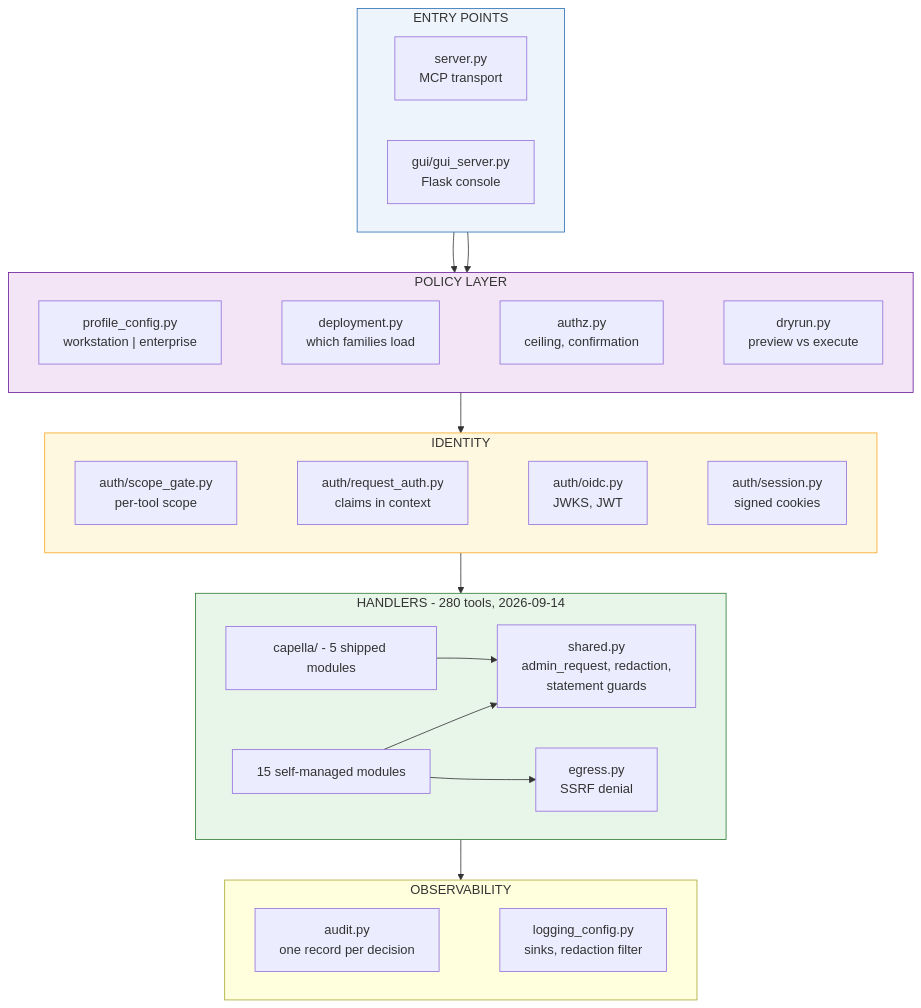
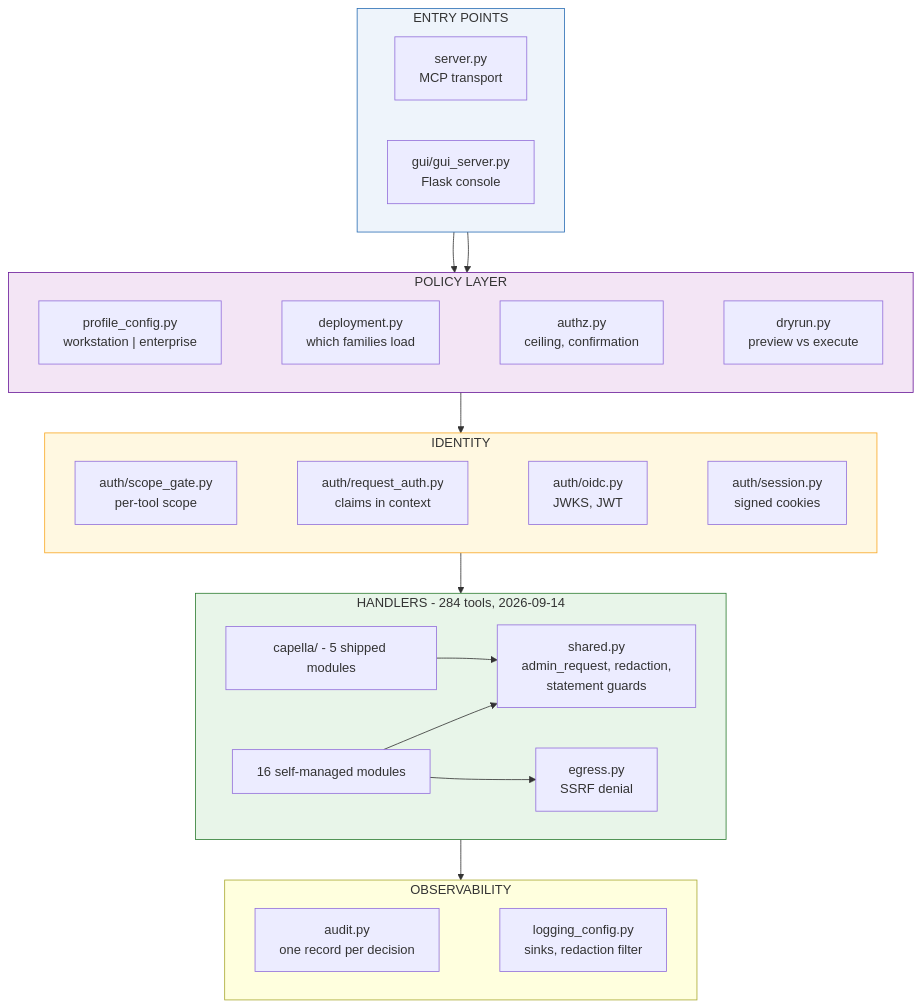
One commit to Couchbase-Ecosystem/couchbase_admin_mcp_server changed the diagram in docs/diagrams-src/03_modules.mmd. Above: the diagram before and after it, drawn with Mermaid. The commit also changed 36 other files, not shown here.

```diff
--- a/docs/diagrams-src/03_modules.mmd
+++ b/docs/diagrams-src/03_modules.mmd
@@ -1,47 +1,47 @@
 flowchart TB
   subgraph E["ENTRY POINTS"]
     direction LR
     S["server.py<br/>MCP transport"]
     G["gui/gui_server.py<br/>Flask console"]
   end
   subgraph POL["POLICY LAYER"]
     direction LR
     PC["profile_config.py<br/>workstation | enterprise"]
     DP["deployment.py<br/>which families load"]
     AZ["authz.py<br/>ceiling, confirmation"]
     DRY["dryrun.py<br/>preview vs execute"]
     PC ~~~ DP ~~~ AZ ~~~ DRY
   end
   subgraph ID["IDENTITY"]
     direction LR
     SG["auth/scope_gate.py<br/>per-tool scope"]
     RA["auth/request_auth.py<br/>claims in context"]
     OI["auth/oidc.py<br/>JWKS, JWT"]
     SE["auth/session.py<br/>signed cookies"]
     SG ~~~ RA ~~~ OI ~~~ SE
   end
-  subgraph H["HANDLERS - 280 tools, 2026-09-14"]
+  subgraph H["HANDLERS - 284 tools, 2026-09-14"]
     direction LR
     SH["shared.py<br/>admin_request, redaction,<br/>statement guards"]
     EG["egress.py<br/>SSRF denial"]
-    SM["15 self-managed modules"]
+    SM["16 self-managed modules"]
     CP["capella/ - 5 shipped modules"]
   end
   subgraph OB["OBSERVABILITY"]
     direction LR
     AU["audit.py<br/>one record per decision"]
     LC["logging_config.py<br/>sinks, redaction filter"]
     AU ~~~ LC
   end
   S --> POL
   G --> POL
   POL --> ID
   ID --> H
   SM --> SH
   SM --> EG
   CP --> SH
   H --> OB
   style E fill:#eef4fb,stroke:#2c6fb5
   style POL fill:#f3e5f5,stroke:#6a1b9a
   style ID fill:#fff8e1,stroke:#f9a825
   style H fill:#e8f5e9,stroke:#2e7d32
```
